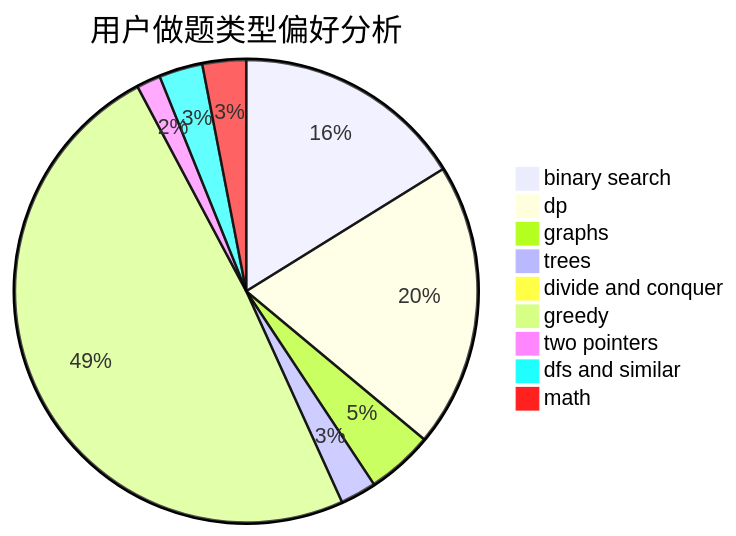
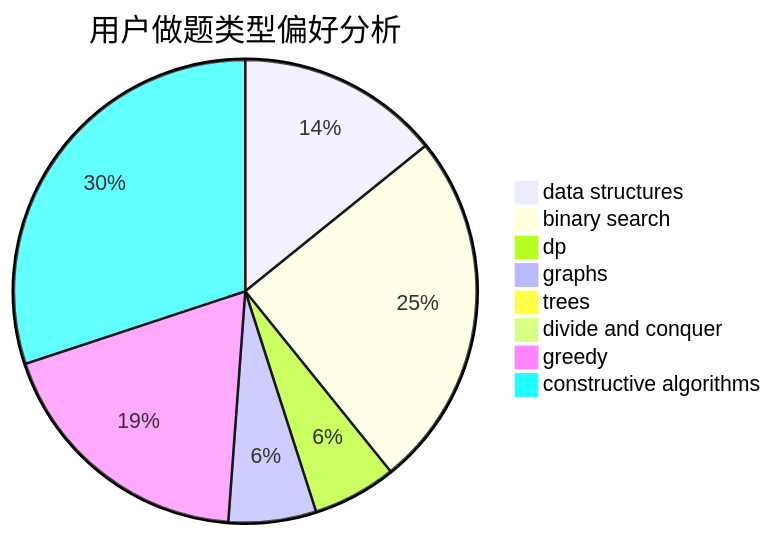
One commit to sherpahu/cfrs.github.io changed the second of 3 diagrams in docs/user/u2288.md. Above: the diagram before and after it, drawn with Mermaid. The commit also changed other lines of this file and 2775 other files, not shown here.

````diff
--- a/docs/user/u2288.md
+++ b/docs/user/u2288.md
@@ -23,12 +23,11 @@
 ```mermaid
 pie title 用户做题类型偏好分析
-    "binary search" :  212
-    "dp" :  261
-    "graphs" :  61
-    "trees" :  33
-    "divide and conquer" :  4
-    "greedy" :  643
-    "two pointers" :  22
-    "dfs and similar" :  40
-    "math" :  40
+    "data structures" :  109
+    "binary search" :  192
+    "dp" :  45
+    "graphs" :  47
+    "trees" :  7
+    "divide and conquer" :  0
+    "greedy" :  144
+    "constructive algorithms" :  231
 ```
````
